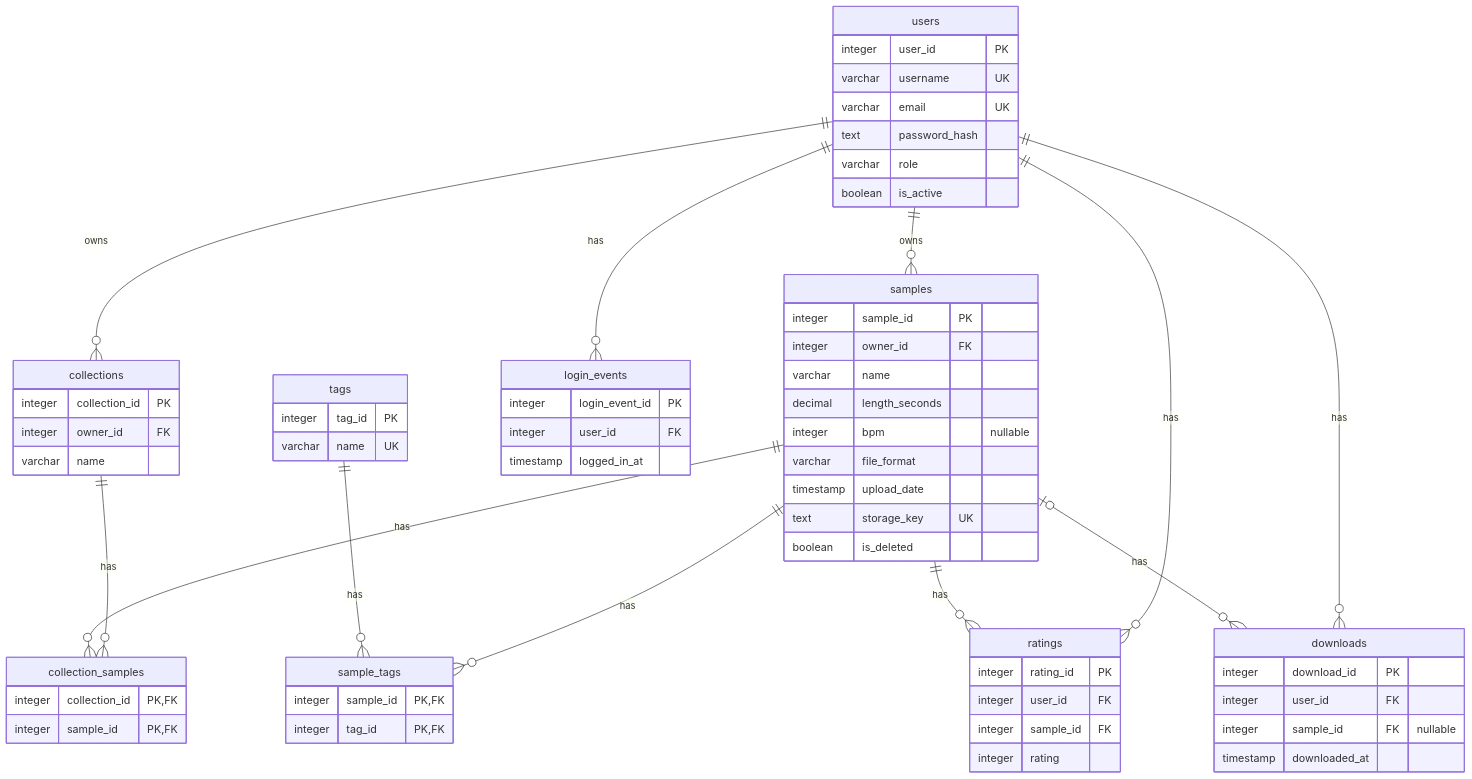
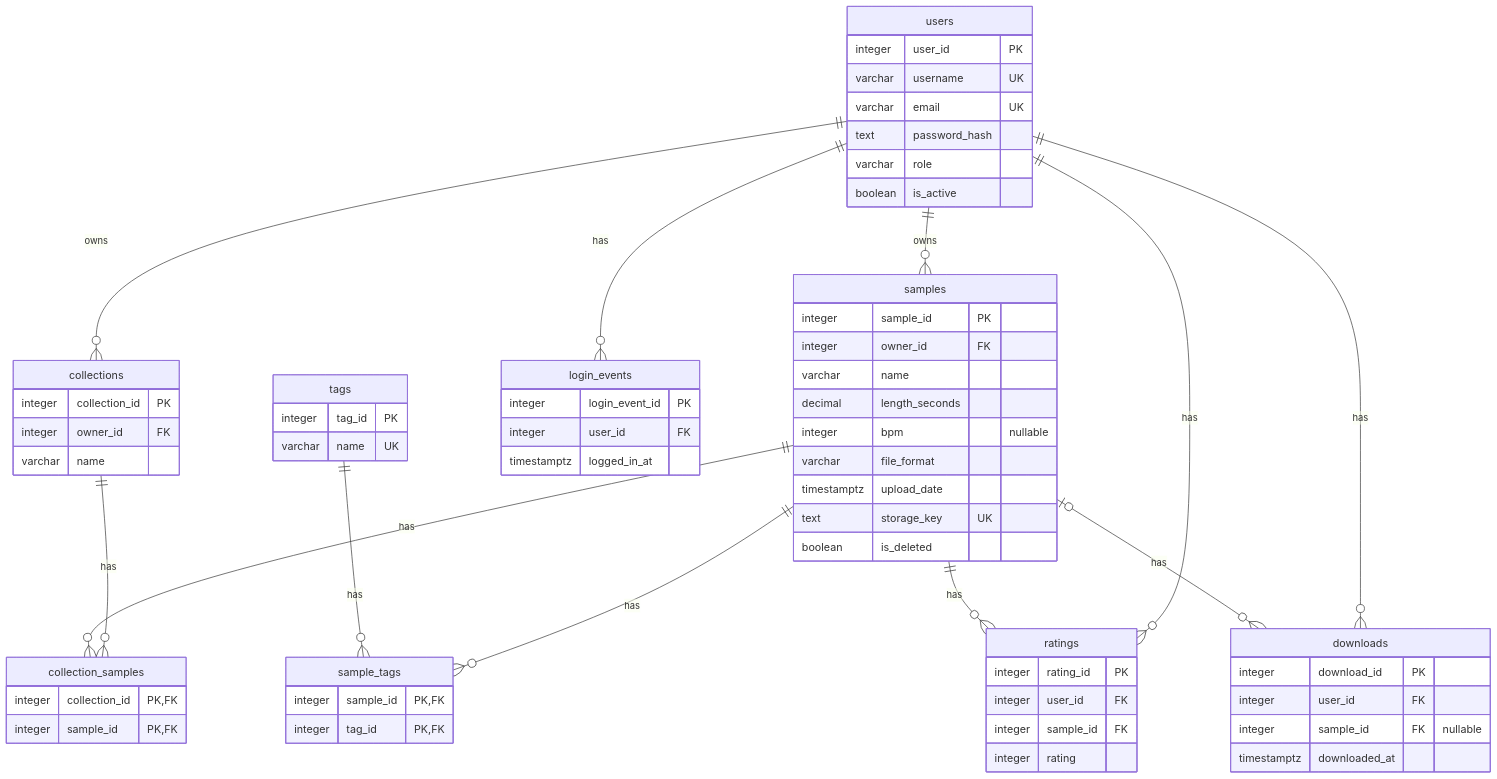
Before and after one commit to okmarcel/ascat: the diagram in docs/diagrams/ERD.md, drawn with Mermaid. The commit also changed 8 other files, not shown here.

Commit message:
align database schema with documented data model

````diff
--- a/docs/diagrams/ERD.md
+++ b/docs/diagrams/ERD.md
@@ -5,76 +5,76 @@
 ```mermaid
 erDiagram
     users ||--o{ samples : owns
     users ||--o{ collections : owns
     users ||--o{ ratings : has
     users ||--o{ downloads : has
     users ||--o{ login_events : has
     samples ||--o{ sample_tags : has
     tags ||--o{ sample_tags : has
     collections ||--o{ collection_samples : has
     samples ||--o{ collection_samples : has
     samples ||--o{ ratings : has
     samples |o--o{ downloads : has
 
     users {
         integer user_id PK
         varchar username UK
         varchar email UK
         text password_hash
         varchar role
         boolean is_active
     }
 
     samples {
         integer sample_id PK
         integer owner_id FK
         varchar name
         decimal length_seconds
         integer bpm "nullable"
         varchar file_format
-        timestamp upload_date
+        timestamptz upload_date
         text storage_key UK
         boolean is_deleted
     }
 
     tags {
         integer tag_id PK
         varchar name UK
     }
 
     sample_tags {
         integer sample_id PK,FK
         integer tag_id PK,FK
     }
 
     collections {
         integer collection_id PK
         integer owner_id FK
         varchar name
     }
 
     collection_samples {
         integer collection_id PK,FK
         integer sample_id PK,FK
     }
 
     ratings {
         integer rating_id PK
         integer user_id FK
         integer sample_id FK
         integer rating
     }
 
     downloads {
         integer download_id PK
         integer user_id FK
         integer sample_id FK "nullable"
-        timestamp downloaded_at
+        timestamptz downloaded_at
     }
 
     login_events {
         integer login_event_id PK
         integer user_id FK
-        timestamp logged_in_at
+        timestamptz logged_in_at
     }
 ```
````
